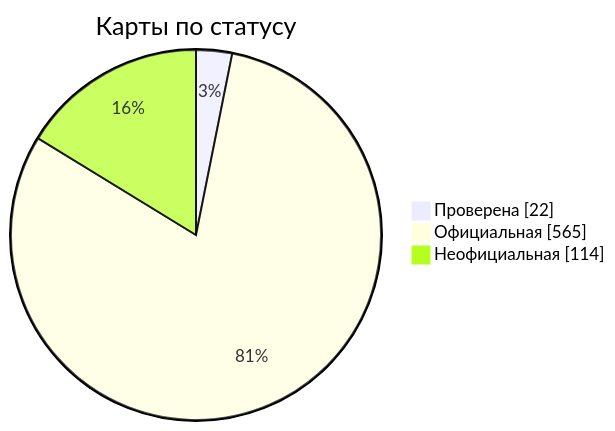
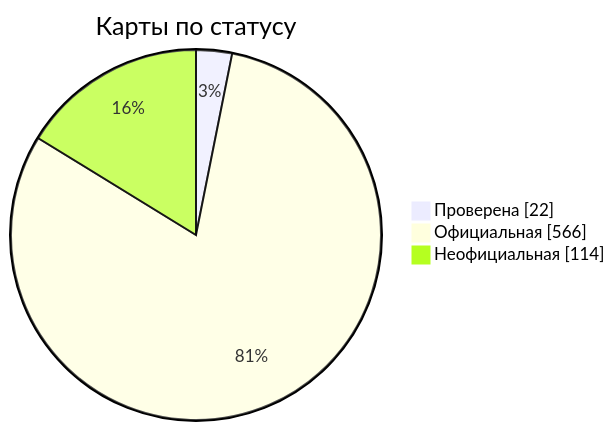
Before and after one commit to nobrega8/mbmap-library: the diagram in docs/readme/README_RU.md, drawn with Mermaid. The commit also changed 6 other files, not shown here.

````diff
--- a/docs/readme/README_RU.md
+++ b/docs/readme/README_RU.md
@@ -54,7 +54,7 @@
 ```mermaid
 pie showData
     title Карты по статусу
     "Проверена" : 22
-    "Официальная" : 565
+    "Официальная" : 566
     "Неофициальная" : 114
 ```
````
